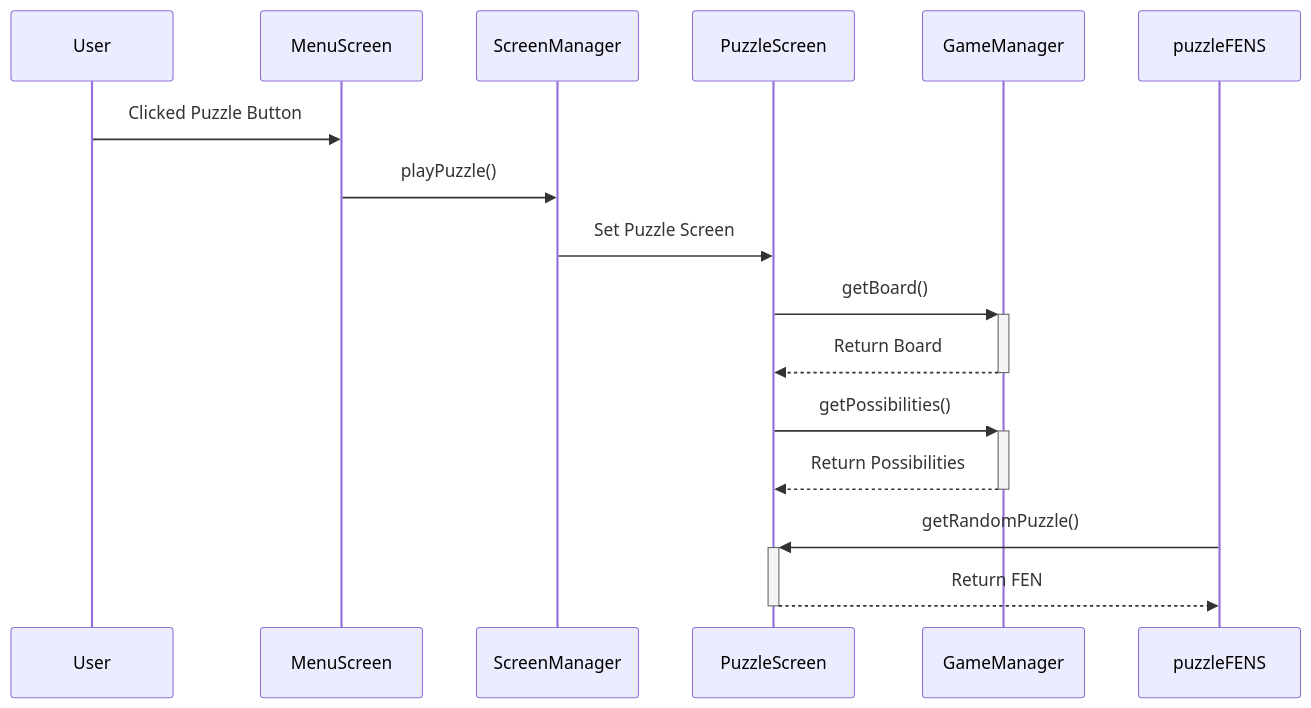
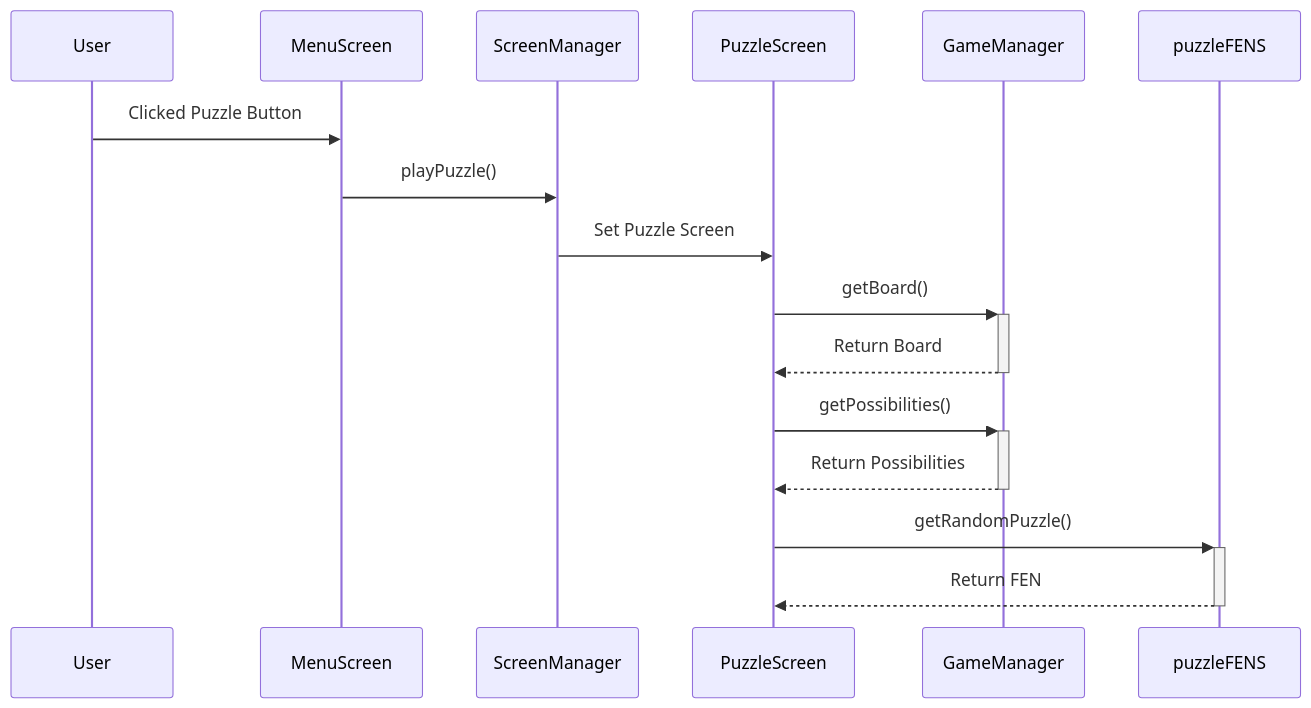
Before and after one commit to cis3296f24/gameroomgdx: the diagram in PuzzleSequence.md, drawn with Mermaid.

Commit message:
Fixed arrow directions

````diff
--- a/PuzzleSequence.md
+++ b/PuzzleSequence.md
@@ -3,19 +3,19 @@
 ```mermaid 
 sequenceDiagram
     participant User
     participant MenuScreen
     User ->> MenuScreen: Clicked Puzzle Button
     participant ScreenManager
     MenuScreen ->> ScreenManager: playPuzzle()
     participant PuzzleScreen
     ScreenManager ->> PuzzleScreen: Set Puzzle Screen
     participant GameManager
     PuzzleScreen ->> + GameManager: getBoard()
     GameManager -->> - PuzzleScreen: Return Board
     PuzzleScreen ->> + GameManager: getPossibilities()
     GameManager -->> - PuzzleScreen: Return Possibilities
     participant puzzleFENS
-    puzzleFENS ->> + PuzzleScreen: getRandomPuzzle()
-    PuzzleScreen -->> - puzzleFENS: Return FEN
+    PuzzleScreen ->> + puzzleFENS: getRandomPuzzle()
+    puzzleFENS -->> - PuzzleScreen: Return FEN
 
 ```
````
